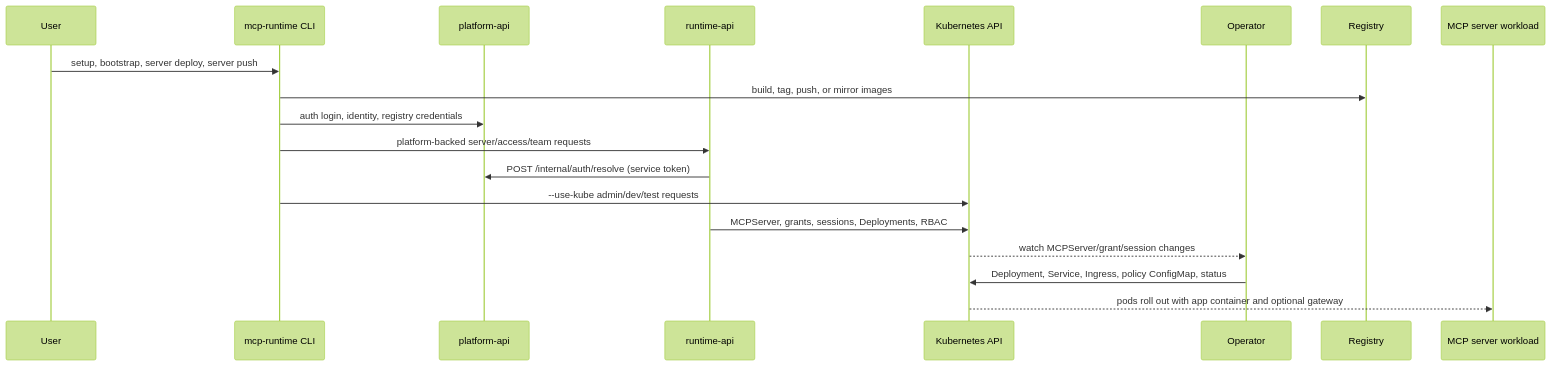
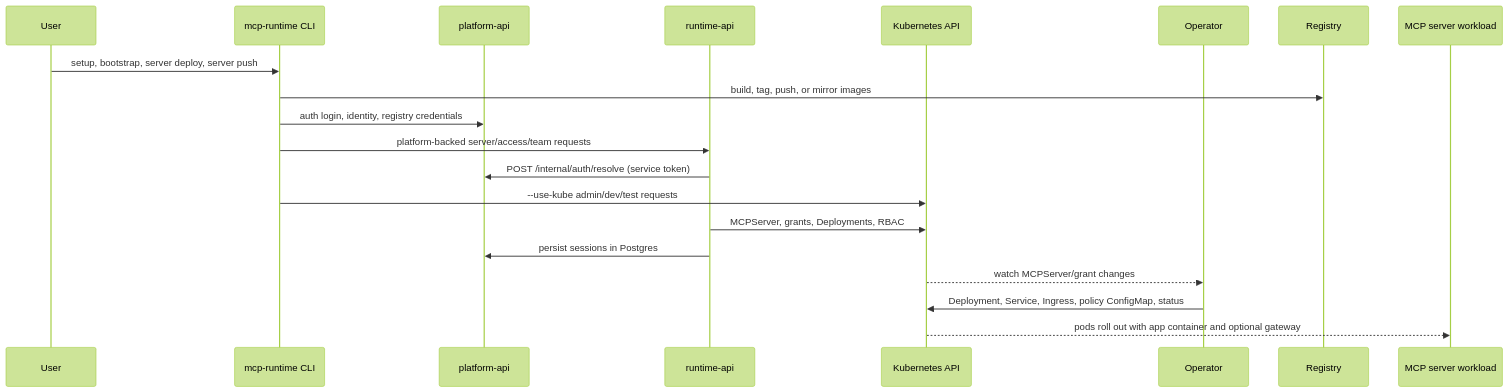
Before and after one commit to mcp-runtime/mcp-runtime: the second of 9 diagrams in docs/internals/request-flows.md, drawn with Mermaid (forest theme). The commit also changed other lines of this file and 35 other files, not shown here.

Commit message:
fix(access): fence session identities and validate platform management flows

````diff
--- a/docs/internals/request-flows.md
+++ b/docs/internals/request-flows.md
@@ -36,22 +36,23 @@
 ```mermaid
 sequenceDiagram
     participant User
     participant CLI as mcp-runtime CLI
     participant Platform as platform-api
     participant API as runtime-api
     participant K8s as Kubernetes API
     participant Operator
     participant Registry
     participant Runtime as MCP server workload
 
     User->>CLI: setup, bootstrap, server deploy, server push
     CLI->>Registry: build, tag, push, or mirror images
     CLI->>Platform: auth login, identity, registry credentials
     CLI->>API: platform-backed server/access/team requests
     API->>Platform: POST /internal/auth/resolve (service token)
     CLI->>K8s: --use-kube admin/dev/test requests
-    API->>K8s: MCPServer, grants, sessions, Deployments, RBAC
-    K8s-->>Operator: watch MCPServer/grant/session changes
+    API->>K8s: MCPServer, grants, Deployments, RBAC
+    API->>Platform: persist sessions in Postgres
+    K8s-->>Operator: watch MCPServer/grant changes
     Operator->>K8s: Deployment, Service, Ingress, policy ConfigMap, status
     K8s-->>Runtime: pods roll out with app container and optional gateway
 ```
````
